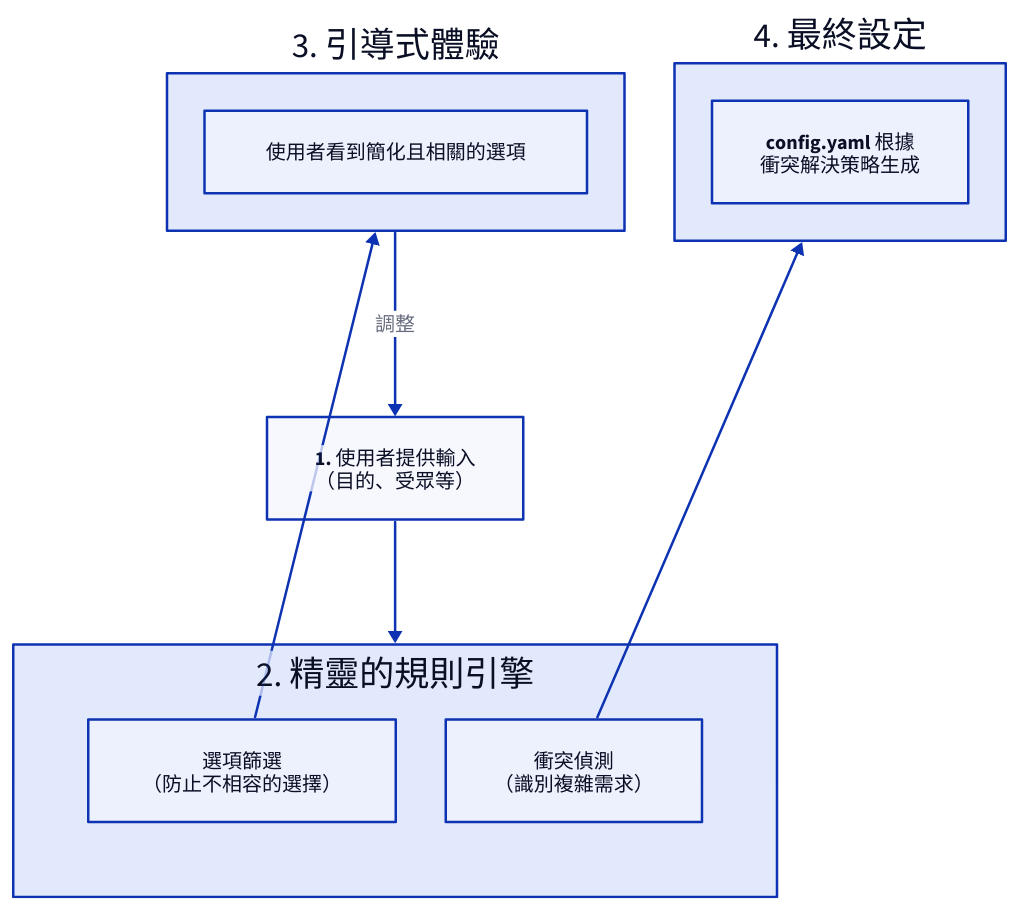
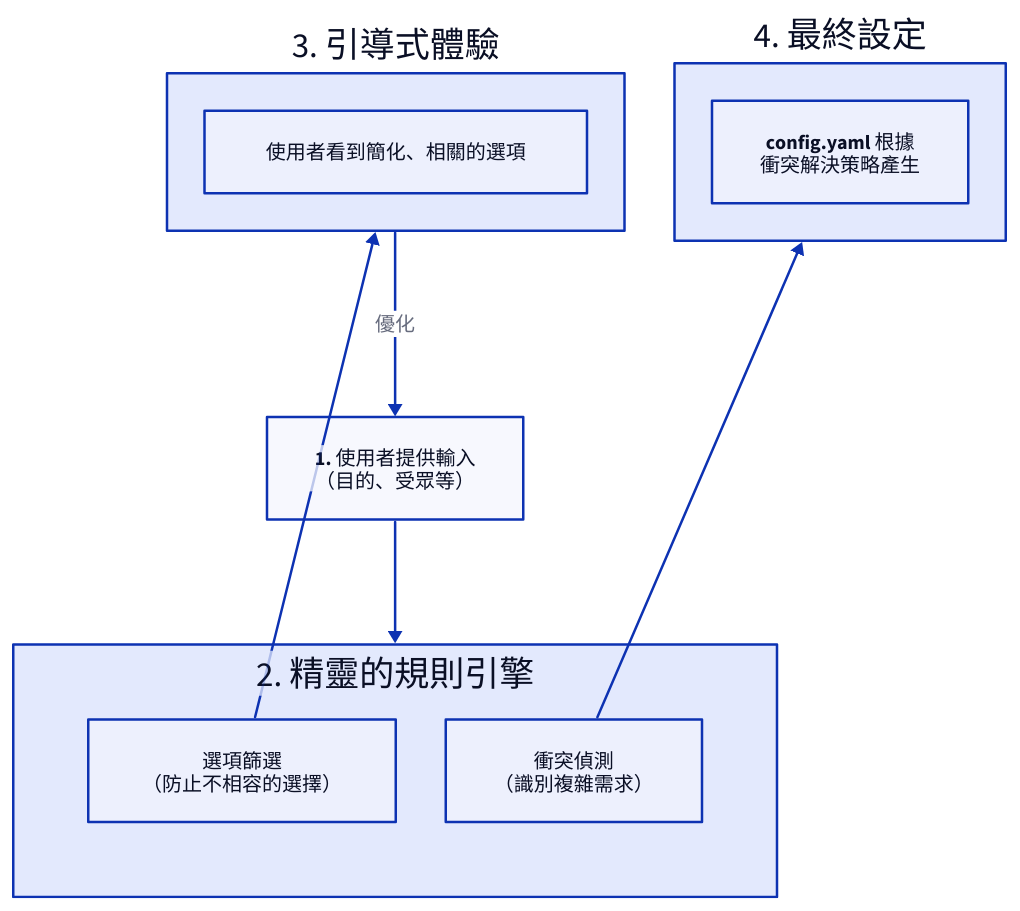
The diagram in docs/configuration-interactive-setup.zh-TW.md (AIGNE-io/aigne-doc-smith), drawn with D2 before and after one commit. The commit also changed other lines of this file and 69 other files, not shown here.

````diff
--- a/docs/configuration-interactive-setup.zh-TW.md
+++ b/docs/configuration-interactive-setup.zh-TW.md
@@ -32,38 +32,38 @@
 ```d2
 direction: down
 
 User-Selections: {
   label: "1. 使用者提供輸入\n（目的、受眾等）"
   shape: rectangle
 }
 
 Wizard-Engine: {
   label: "2. 精靈的規則引擎"
   shape: rectangle
   grid-columns: 2
 
   Filtering: {
     label: "選項篩選\n（防止不相容的選擇）"
   }
 
   Conflict-Detection: {
     label: "衝突偵測\n（識別複雜需求）"
   }
 }
 
 Guided-Experience: {
   label: "3. 引導式體驗"
   shape: rectangle
-  content: "使用者看到簡化且相關的選項"
+  content: "使用者看到簡化、相關的選項"
 }
 
 Final-Config: {
   label: "4. 最終設定"
-  content: "config.yaml 根據\n衝突解決策略生成"
+  content: "config.yaml 根據\n衝突解決策略產生"
 }
 
 User-Selections -> Wizard-Engine
 Wizard-Engine.Filtering -> Guided-Experience
 Wizard-Engine.Conflict-Detection -> Final-Config
-Guided-Experience -> User-Selections: "調整"
+Guided-Experience -> User-Selections: "優化"
 ```
````
